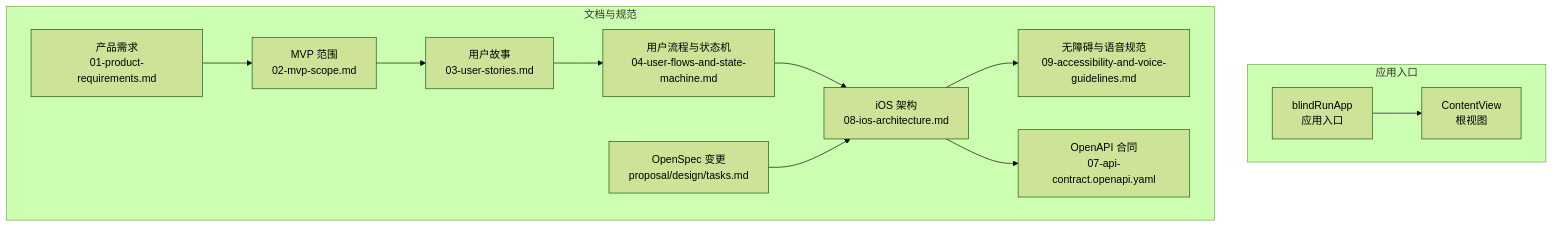
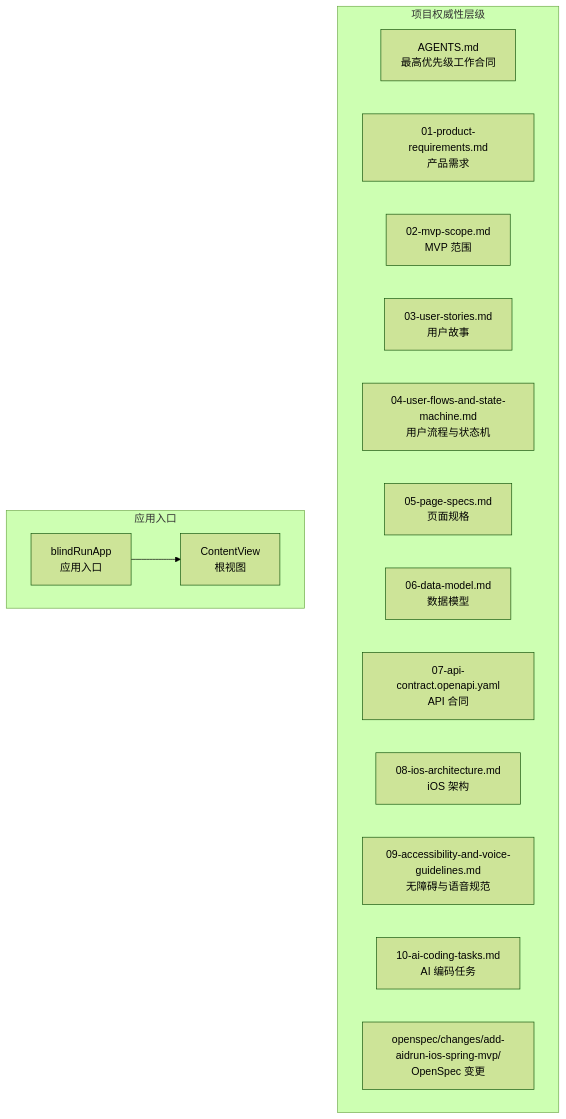
One commit to Jayden23018/blind-run-ios changed the first of 5 diagrams in .qoder/repowiki/zh/content/项目概述.md. Above: the diagram before and after it, drawn with Mermaid (forest theme). The commit also changed other lines of this file and 10 other files, not shown here.

````diff
--- a/.qoder/repowiki/zh/content/项目概述.md
+++ b/.qoder/repowiki/zh/content/项目概述.md
@@ -53,25 +65,22 @@
 ```mermaid
 graph TB
+subgraph "项目权威性层级"
+Level1["AGENTS.md<br/>最高优先级工作合同"]
+Level2["01-product-requirements.md<br/>产品需求"]
+Level3["02-mvp-scope.md<br/>MVP 范围"]
+Level4["03-user-stories.md<br/>用户故事"]
+Level5["04-user-flows-and-state-machine.md<br/>用户流程与状态机"]
+Level6["05-page-specs.md<br/>页面规格"]
+Level7["06-data-model.md<br/>数据模型"]
+Level8["07-api-contract.openapi.yaml<br/>API 合同"]
+Level9["08-ios-architecture.md<br/>iOS 架构"]
+Level10["09-accessibility-and-voice-guidelines.md<br/>无障碍与语音规范"]
+Level11["10-ai-coding-tasks.md<br/>AI 编码任务"]
+Level12["openspec/changes/add-aidrun-ios-spring-mvp/<br/>OpenSpec 变更"]
+end
 subgraph "应用入口"
 App["blindRunApp<br/>应用入口"]
 Root["ContentView<br/>根视图"]
 end
-subgraph "文档与规范"
-PRD["产品需求<br/>01-product-requirements.md"]
-Scope["MVP 范围<br/>02-mvp-scope.md"]
-Stories["用户故事<br/>03-user-stories.md"]
-Flow["用户流程与状态机<br/>04-user-flows-and-state-machine.md"]
-Arch["iOS 架构<br/>08-ios-architecture.md"]
-A11y["无障碍与语音规范<br/>09-accessibility-and-voice-guidelines.md"]
-API["OpenAPI 合同<br/>07-api-contract.openapi.yaml"]
-OpenSpec["OpenSpec 变更<br/>proposal/design/tasks.md"]
-end
 App --> Root
-PRD --> Scope
-Scope --> Stories
-Stories --> Flow
-Flow --> Arch
-Arch --> A11y
-Arch --> API
-OpenSpec --> Arch
 ```
````
